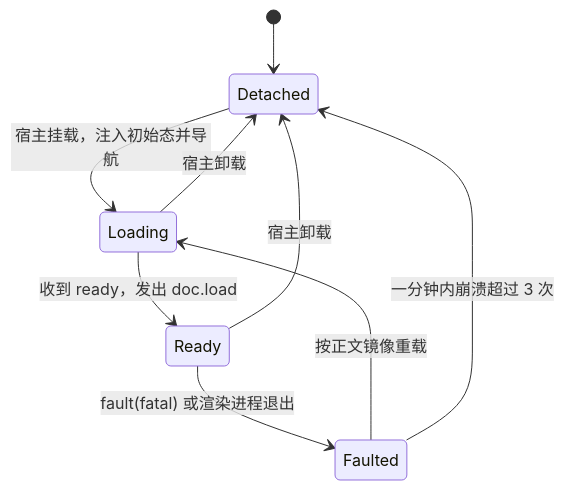
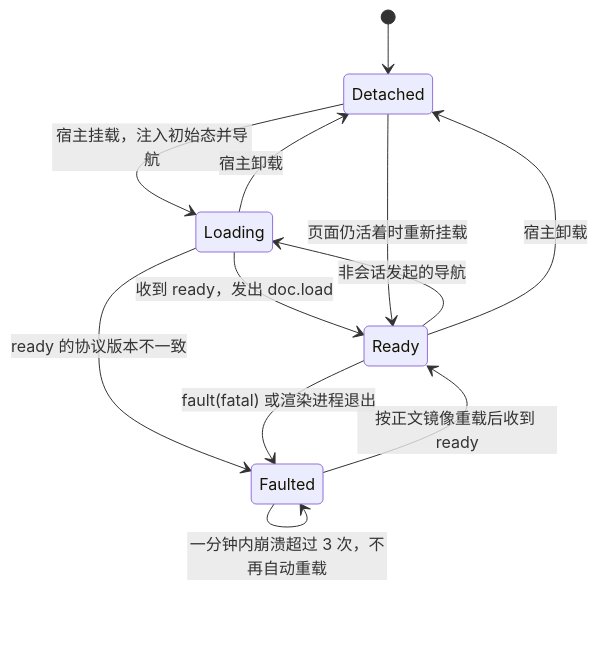
Before and after one commit to awarson2233/Typedown: the second of 7 diagrams in docs/editor-protocol.md, drawn with Mermaid. The commit also changed other lines of this file, not shown here.

First line of the commit message:
docs(protocol): describe the landed session, page loading and keymap

````diff
--- a/docs/editor-protocol.md
+++ b/docs/editor-protocol.md
@@ -53,11 +53,14 @@
 ```mermaid
 stateDiagram-v2
     [*] --> Detached
     Detached --> Loading: 宿主挂载，注入初始态并导航
     Loading --> Ready: 收到 ready，发出 doc.load
+    Loading --> Faulted: ready 的协议版本不一致
     Ready --> Faulted: fault(fatal) 或渲染进程退出
-    Faulted --> Loading: 按正文镜像重载
-    Faulted --> Detached: 一分钟内崩溃超过 3 次
+    Ready --> Loading: 非会话发起的导航
+    Faulted --> Ready: 按正文镜像重载后收到 ready
+    Faulted --> Faulted: 一分钟内崩溃超过 3 次，不再自动重载
     Ready --> Detached: 宿主卸载
+    Detached --> Ready: 页面仍活着时重新挂载
     Loading --> Detached: 宿主卸载
 ```
````
